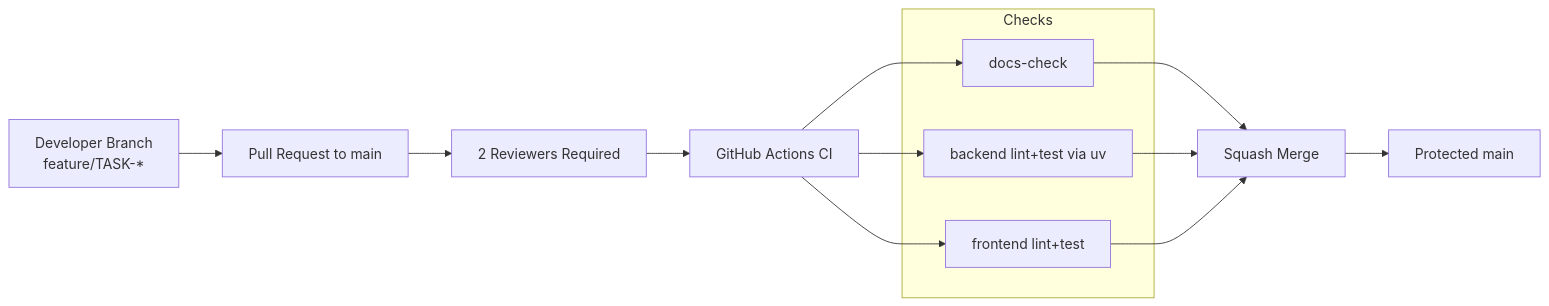
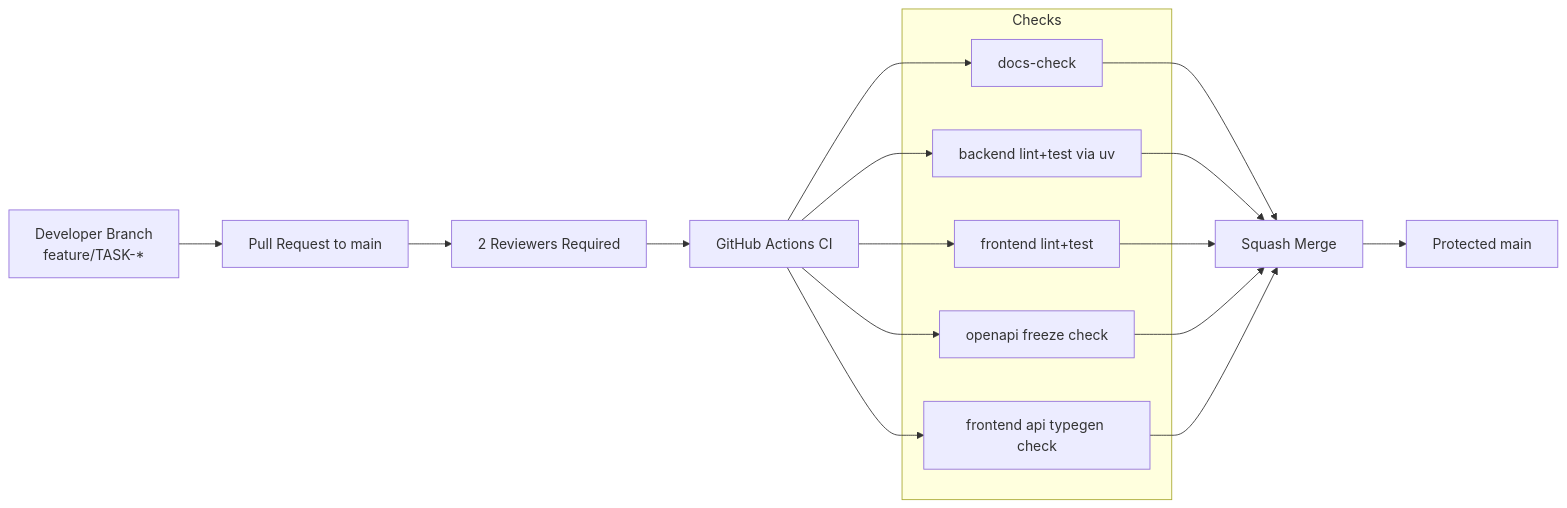
One commit to RubiFoc/hrm changed the eighth of 14 diagrams in docs/architecture/diagrams.md. Above: the diagram before and after it, drawn with Mermaid. The commit also changed 13 other files, not shown here.

Commit message:
chore(contract): freeze openapi spec and enforce ci drift checks (#47)

````diff
--- a/docs/architecture/diagrams.md
+++ b/docs/architecture/diagrams.md
@@ -253,21 +253,27 @@
 ```mermaid
 flowchart LR
   DEV[Developer Branch\nfeature/TASK-*] --> PR[Pull Request to main]
   PR --> REV[2 Reviewers Required]
   REV --> CI[GitHub Actions CI]
 
   subgraph Checks
     DOCS[docs-check]
     BE[backend lint+test via uv]
     FE[frontend lint+test]
+    OAPI[openapi freeze check]
+    FECG[frontend api typegen check]
   end
 
   CI --> DOCS
   CI --> BE
   CI --> FE
+  CI --> OAPI
+  CI --> FECG
 
   DOCS --> MERGE[Squash Merge]
   BE --> MERGE
   FE --> MERGE
+  OAPI --> MERGE
+  FECG --> MERGE
   MERGE --> MAIN[Protected main]
 ```
````
